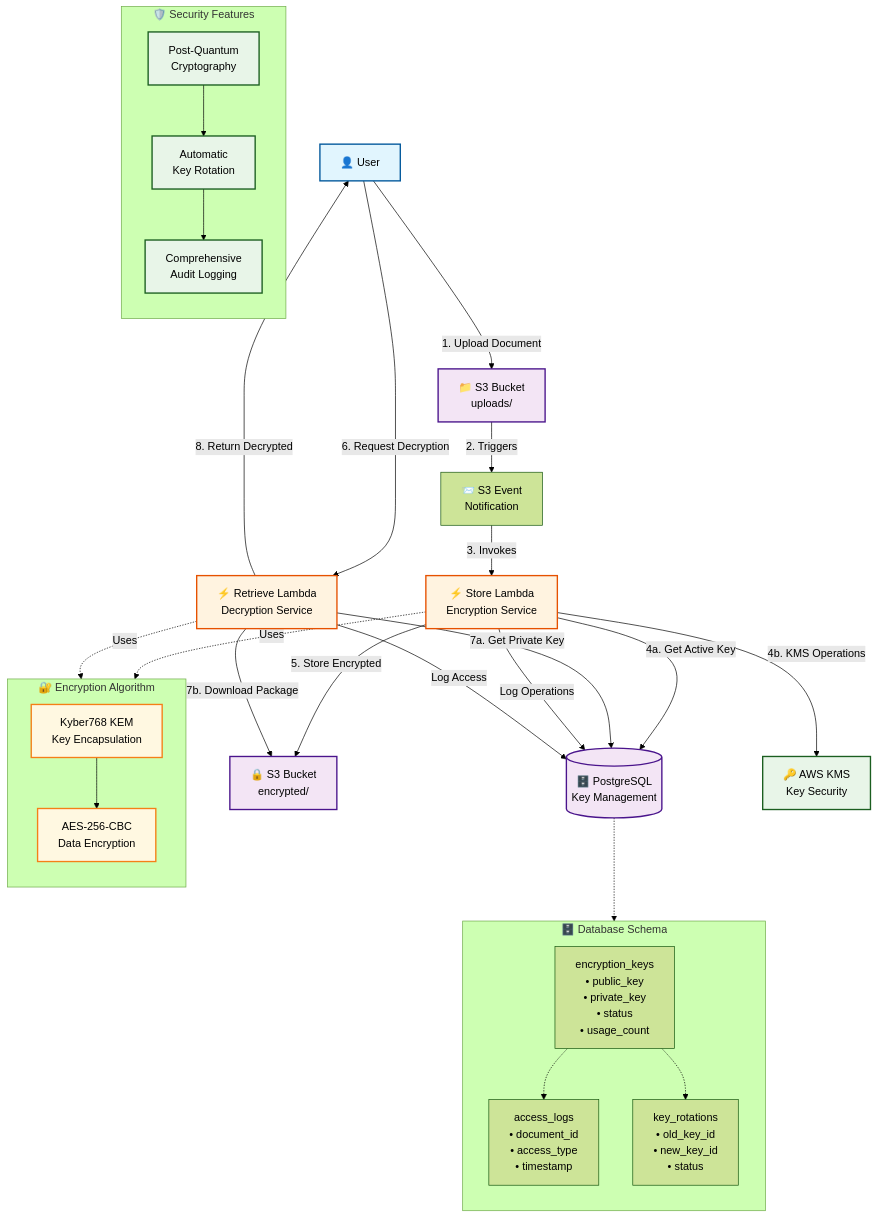
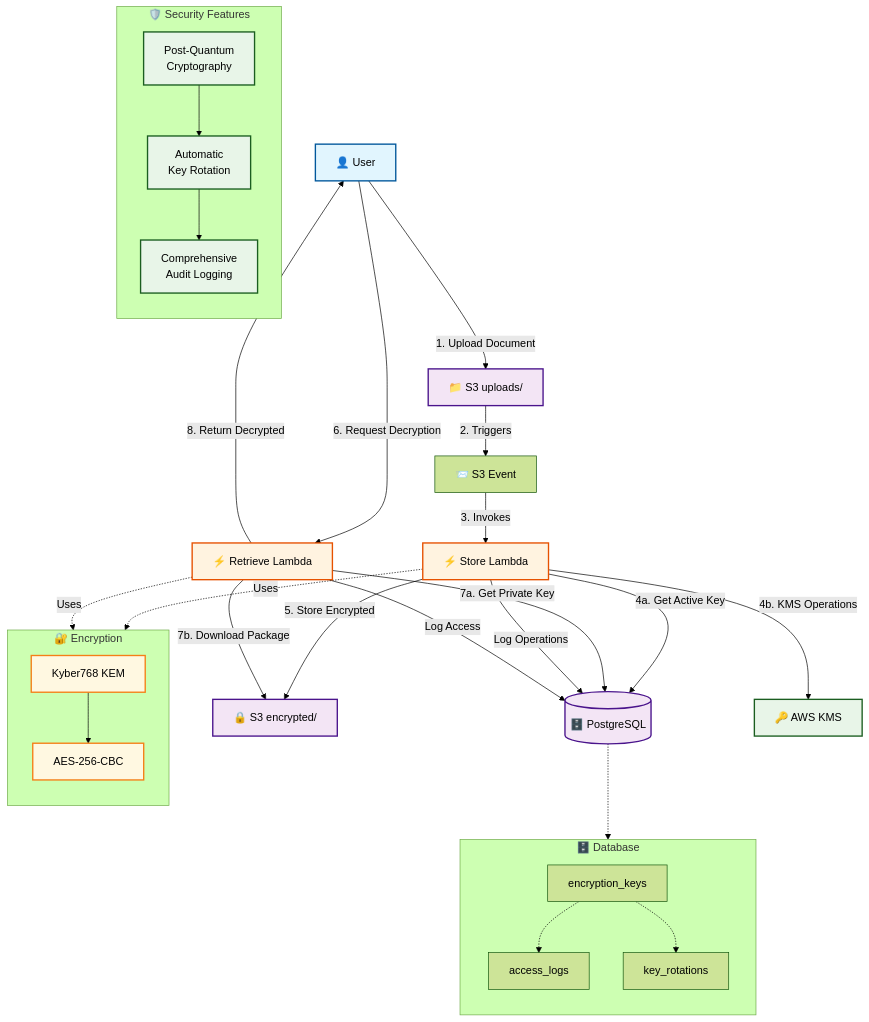
One commit to m1rl0k/pqfile changed the diagram in architecture.mmd. Above: the diagram before and after it, drawn with Mermaid (forest theme).

```diff
--- a/architecture.mmd
+++ b/architecture.mmd
@@ -1,82 +1,82 @@
 graph TB
     %% External Components
-    User[👤 User] 
-    S3Upload[📁 S3 Bucket<br/>uploads/]
-    S3Encrypted[🔒 S3 Bucket<br/>encrypted/]
-    
+    User[👤 User]
+    S3Upload[📁 S3 uploads/]
+    S3Encrypted[🔒 S3 encrypted/]
+
     %% Core Services
-    StoreL[⚡ Store Lambda<br/>Encryption Service]
-    RetrieveL[⚡ Retrieve Lambda<br/>Decryption Service]
-    DB[(🗄️ PostgreSQL<br/>Key Management)]
-    KMS[🔑 AWS KMS<br/>Key Security]
-    
+    StoreL[⚡ Store Lambda]
+    RetrieveL[⚡ Retrieve Lambda]
+    DB[(🗄️ PostgreSQL)]
+    KMS[🔑 AWS KMS]
+
     %% Event Flow
-    S3Event[📨 S3 Event<br/>Notification]
+    S3Event[📨 S3 Event]
     
     %% User Interactions
     User -->|1. Upload Document| S3Upload
     User -->|6. Request Decryption| RetrieveL
     
     %% Automatic Encryption Flow
     S3Upload -->|2. Triggers| S3Event
     S3Event -->|3. Invokes| StoreL
     StoreL -->|4a. Get Active Key| DB
     StoreL -->|4b. KMS Operations| KMS
     StoreL -->|5. Store Encrypted| S3Encrypted
     
     %% Decryption Flow
     RetrieveL -->|7a. Get Private Key| DB
     RetrieveL -->|7b. Download Package| S3Encrypted
     RetrieveL -->|8. Return Decrypted| User
     
     %% Database Operations
     StoreL -->|Log Operations| DB
     RetrieveL -->|Log Access| DB
     
     %% Algorithm Details
-    subgraph "🔐 Encryption Algorithm"
+    subgraph "🔐 Encryption"
         direction TB
-        Kyber[Kyber768 KEM<br/>Key Encapsulation]
-        AES[AES-256-CBC<br/>Data Encryption]
+        Kyber[Kyber768 KEM]
+        AES[AES-256-CBC]
         Kyber --> AES
     end
     
     StoreL -.->|Uses| Kyber
     RetrieveL -.->|Uses| AES
     
     %% Database Schema
-    subgraph "🗄️ Database Schema"
+    subgraph "🗄️ Database"
         direction TB
-        EncKeys[encryption_keys<br/>• public_key<br/>• private_key<br/>• status<br/>• usage_count]
-        AccessLogs[access_logs<br/>• document_id<br/>• access_type<br/>• timestamp]
-        KeyRotations[key_rotations<br/>• old_key_id<br/>• new_key_id<br/>• status]
-        
+        EncKeys[encryption_keys]
+        AccessLogs[access_logs]
+        KeyRotations[key_rotations]
+
         EncKeys -.-> AccessLogs
         EncKeys -.-> KeyRotations
     end
     
     DB -.-> EncKeys
     
     %% Security Features
     subgraph "🛡️ Security Features"
         direction TB
         PQC[Post-Quantum<br/>Cryptography]
         KeyRot[Automatic<br/>Key Rotation]
         Audit[Comprehensive<br/>Audit Logging]
         
         PQC --> KeyRot
         KeyRot --> Audit
     end
     
     %% Styling
     classDef userClass fill:#e1f5fe,stroke:#01579b,stroke-width:2px
     classDef lambdaClass fill:#fff3e0,stroke:#e65100,stroke-width:2px
     classDef storageClass fill:#f3e5f5,stroke:#4a148c,stroke-width:2px
     classDef securityClass fill:#e8f5e8,stroke:#1b5e20,stroke-width:2px
     classDef algorithmClass fill:#fff8e1,stroke:#f57f17,stroke-width:2px
     
     class User userClass
     class StoreL,RetrieveL lambdaClass
     class S3Upload,S3Encrypted,DB storageClass
     class KMS,PQC,KeyRot,Audit securityClass
     class Kyber,AES algorithmClass
```
